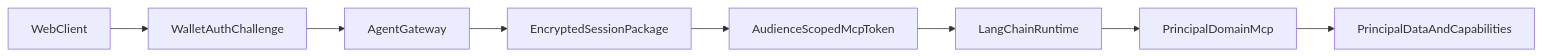
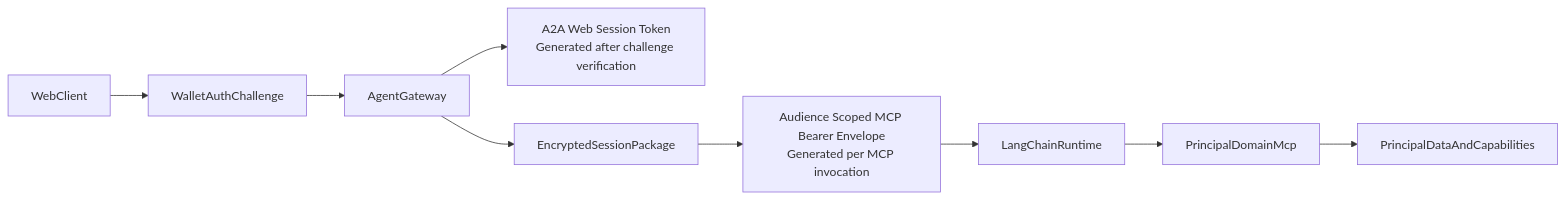
The third of 6 diagrams in documents/siwe-for-agents-mcp-architecture.md (RichCanvas3/gym), drawn with Mermaid before and after one commit. The commit also changed other lines of this file and 1 other file, not shown here.

````diff
--- a/documents/siwe-for-agents-mcp-architecture.md
+++ b/documents/siwe-for-agents-mcp-architecture.md
@@ -230,10 +232,11 @@
 ```mermaid
 flowchart LR
   web[WebClient] --> auth[WalletAuthChallenge]
   auth --> gateway[AgentGateway]
+  gateway --> webSession[A2A Web Session Token<br>Generated after challenge verification]
   gateway --> sessionPkg[EncryptedSessionPackage]
-  sessionPkg --> runtimeToken[AudienceScopedMcpToken]
+  sessionPkg --> runtimeToken[Audience Scoped MCP Bearer Envelope<br>Generated per MCP invocation]
   runtimeToken --> langchain[LangChainRuntime]
   langchain --> profileMcp[PrincipalDomainMcp]
   profileMcp --> principalStore[PrincipalDataAndCapabilities]
 ```
````
